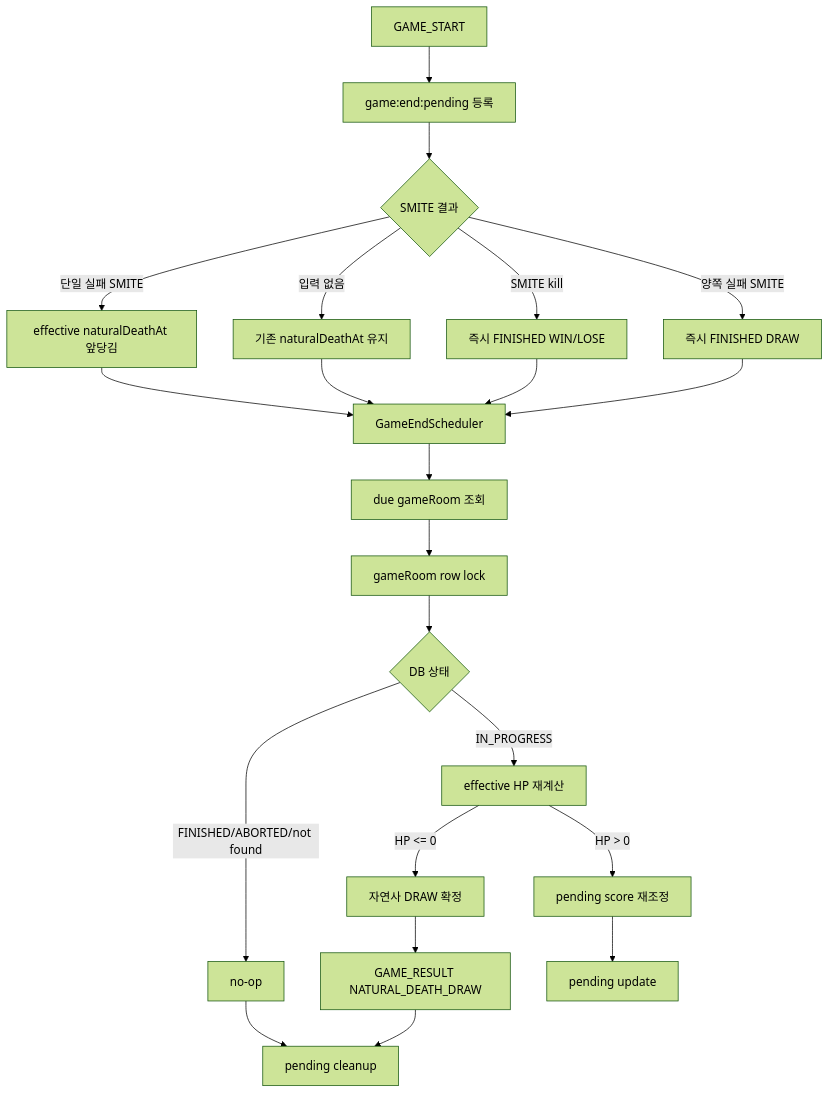
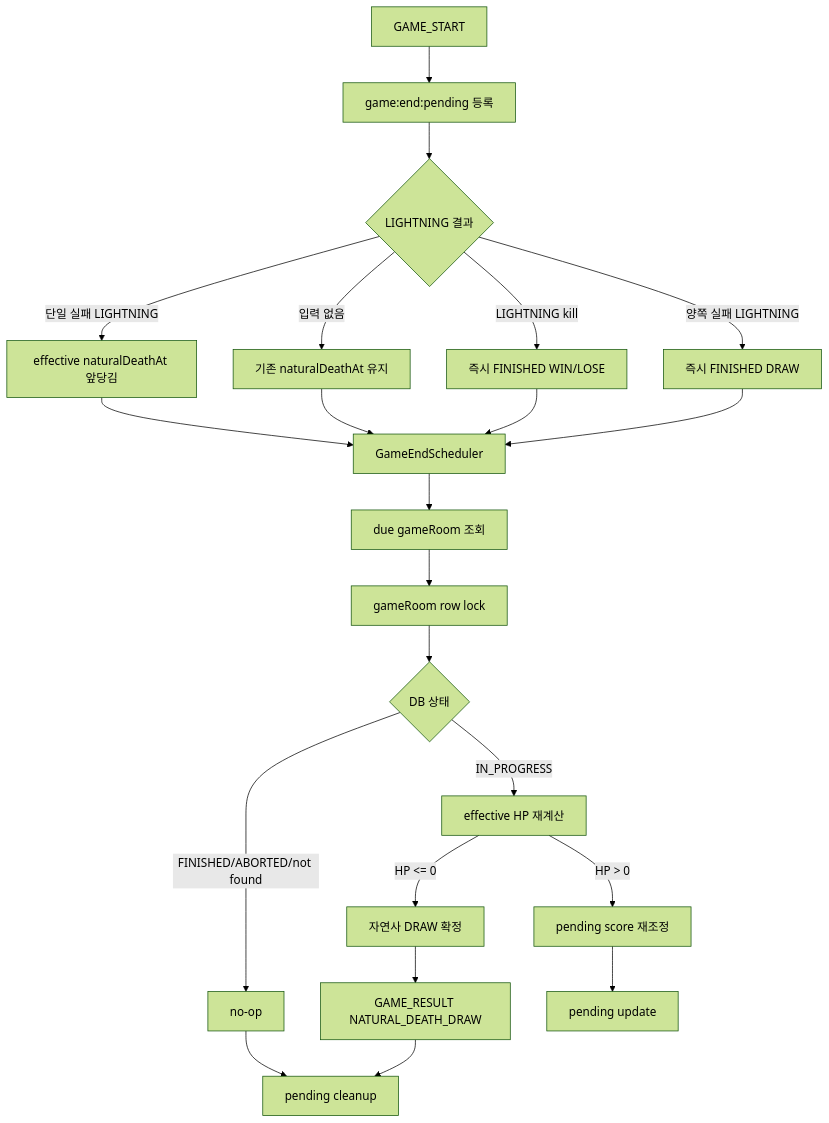
One commit to moonwhistle/League-of-Star changed the third of 5 diagrams in docs/antigravity/backend/issue-50-game-end-scheduler-settlement.md. Above: the diagram before and after it, drawn with Mermaid (forest theme). The commit also changed other lines of this file and 70 other files, not shown here.

````diff
--- a/docs/antigravity/backend/issue-50-game-end-scheduler-settlement.md
+++ b/docs/antigravity/backend/issue-50-game-end-scheduler-settlement.md
@@ -190,28 +190,28 @@
 ```mermaid
 flowchart TD
     A[GAME_START] --> B[game:end:pending 등록]
-    B --> C{SMITE 결과}
-    C -->|SMITE kill| D[즉시 FINISHED WIN/LOSE]
-    C -->|양쪽 실패 SMITE| E[즉시 FINISHED DRAW]
-    C -->|단일 실패 SMITE| F[effective naturalDeathAt 앞당김]
+    B --> C{LIGHTNING 결과}
+    C -->|LIGHTNING kill| D[즉시 FINISHED WIN/LOSE]
+    C -->|양쪽 실패 LIGHTNING| E[즉시 FINISHED DRAW]
+    C -->|단일 실패 LIGHTNING| F[effective naturalDeathAt 앞당김]
     C -->|입력 없음| G[기존 naturalDeathAt 유지]
 
     F --> H[GameEndScheduler]
     G --> H
     D --> H
     E --> H
 
     H --> I[due gameRoom 조회]
     I --> J[gameRoom row lock]
     J --> K{DB 상태}
     K -->|IN_PROGRESS| L[effective HP 재계산]
     K -->|FINISHED/ABORTED/not found| M[no-op]
 
     L -->|HP <= 0| N[자연사 DRAW 확정]
     L -->|HP > 0| O[pending score 재조정]
 
     N --> P[GAME_RESULT NATURAL_DEATH_DRAW]
     M --> Q[pending cleanup]
     O --> R[pending update]
     P --> Q
 ```
````
